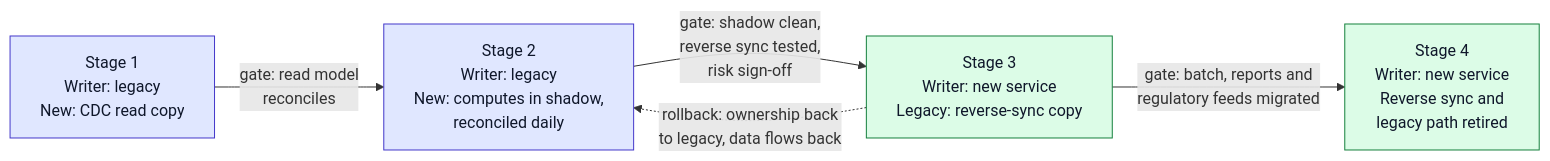
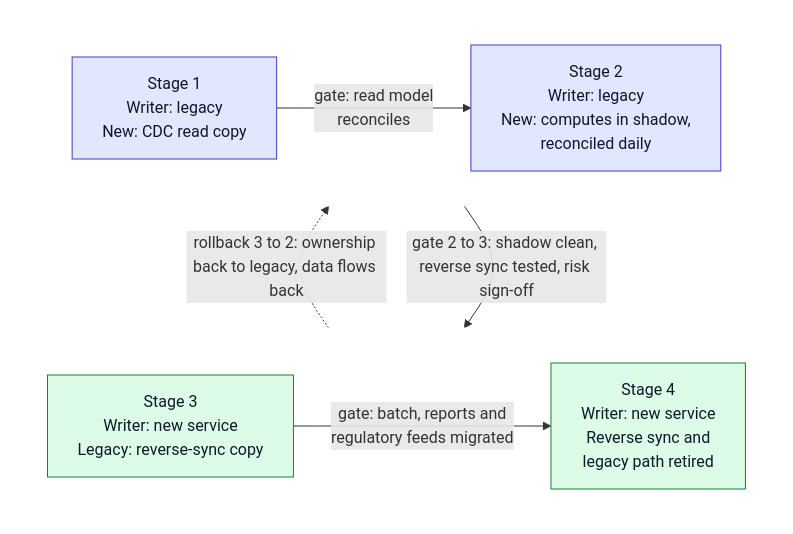
Before and after one commit to wallaceespindola/legacy-modernization-patterns: the diagram in docs/articles/dzone/diagrams/ownership-gates.mmd, drawn with Mermaid. The commit also changed 20 other files, not shown here.

```diff
--- a/docs/articles/dzone/diagrams/ownership-gates.mmd
+++ b/docs/articles/dzone/diagrams/ownership-gates.mmd
@@ -1,10 +1,18 @@
-flowchart LR
-    S1["Stage 1<br/>Writer: legacy<br/>New: CDC read copy"] -->|"gate: read model<br/>reconciles"| S2["Stage 2<br/>Writer: legacy<br/>New: computes in shadow,<br/>reconciled daily"]
-    S2 -->|"gate: shadow clean,<br/>reverse sync tested,<br/>risk sign-off"| S3["Stage 3<br/>Writer: new service<br/>Legacy: reverse-sync copy"]
-    S3 -->|"gate: batch, reports and<br/>regulatory feeds migrated"| S4["Stage 4<br/>Writer: new service<br/>Reverse sync and<br/>legacy path retired"]
-    S3 -.->|"rollback: ownership back<br/>to legacy, data flows back"| S2
+flowchart BT
+    subgraph R1[" "]
+        direction LR
+        S1["Stage 1<br/>Writer: legacy<br/>New: CDC read copy"] -->|"gate: read model<br/>reconciles"| S2["Stage 2<br/>Writer: legacy<br/>New: computes in shadow,<br/>reconciled daily"]
+    end
+    subgraph R2[" "]
+        direction LR
+        S3["Stage 3<br/>Writer: new service<br/>Legacy: reverse-sync copy"] -->|"gate: batch, reports and<br/>regulatory feeds migrated"| S4["Stage 4<br/>Writer: new service<br/>Reverse sync and<br/>legacy path retired"]
+    end
+    R2 -.->|"rollback 3 to 2: ownership back to legacy, data flows back"| R1
+    R1 -->|"gate 2 to 3: shadow clean, reverse sync tested, risk sign-off"| R2
 
     classDef legacy fill:#e0e7ff,stroke:#4338ca,color:#0f172a
     classDef modern fill:#dcfce7,stroke:#15803d,color:#0f172a
     class S1,S2 legacy
     class S3,S4 modern
+    style R1 fill:#ffffff,stroke:#ffffff
+    style R2 fill:#ffffff,stroke:#ffffff
```
